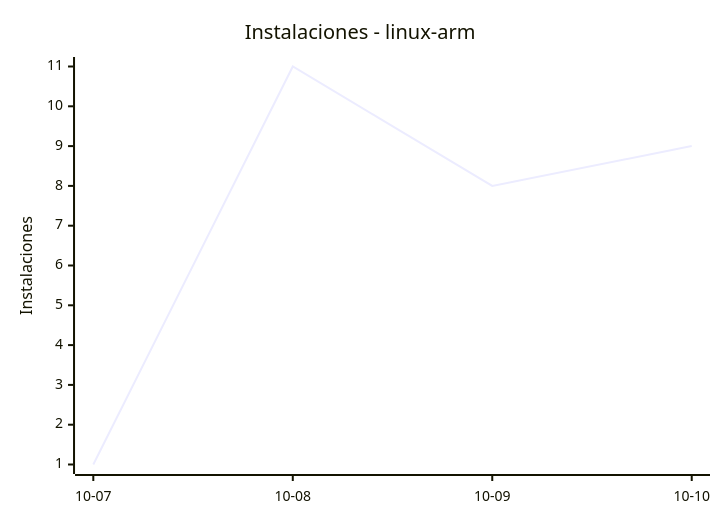
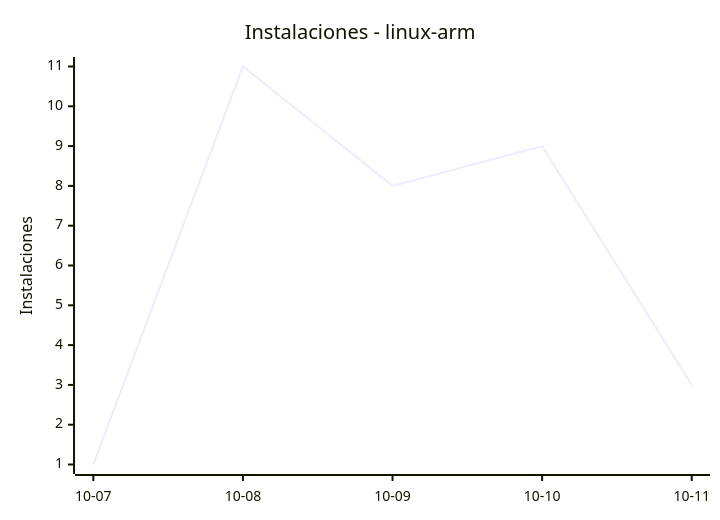
One commit to EmuDeck/stats changed the fifth of 8 diagrams in README.md. Above: the diagram before and after it, drawn with Mermaid. The commit also changed other lines of this file and 2 other files, not shown here.

````diff
--- a/README.md
+++ b/README.md
@@ -60,7 +60,7 @@
 ```mermaid
 xychart-beta
     title "Instalaciones - linux-arm"
-    x-axis ["10-07", "10-08", "10-09", "10-10"]
+    x-axis ["10-07", "10-08", "10-09", "10-10", "10-11"]
     y-axis "Instalaciones"
-    line [1, 11, 8, 9]
+    line [1, 11, 8, 9, 3]
 ```
````
